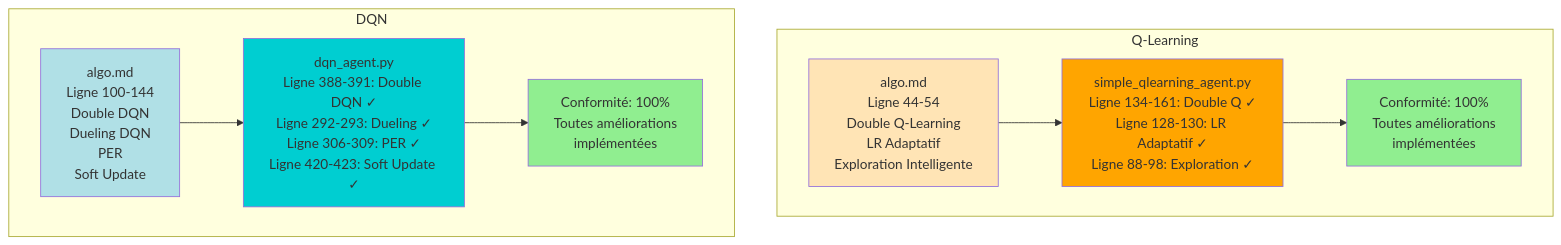
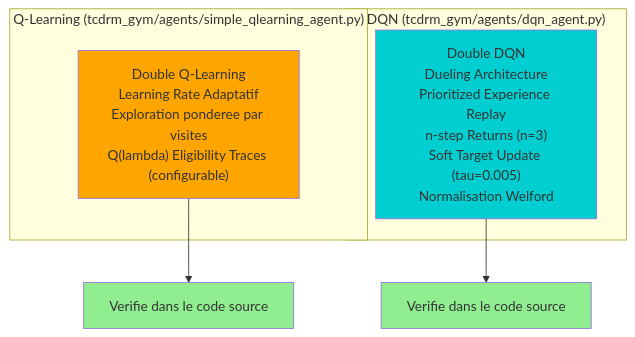
One commit to valdoth/tcdm-adaptive changed the tenth of 10 diagrams in docs/workflow_diagrams_2024.md. Above: the diagram before and after it, drawn with Mermaid. The commit also changed other lines of this file and 84 other files, not shown here.

````diff
--- a/docs/workflow_diagrams_2024.md
+++ b/docs/workflow_diagrams_2024.md
@@ -390,31 +449,18 @@
 ```mermaid
 graph TB
-    subgraph "Q-Learning"
-        ALGO_QL[algo.md<br/>Ligne 44-54<br/>Double Q-Learning<br/>LR Adaptatif<br/>Exploration Intelligente]
-        
-        CODE_QL[simple_qlearning_agent.py<br/>Ligne 134-161: Double Q ✓<br/>Ligne 128-130: LR Adaptatif ✓<br/>Ligne 88-98: Exploration ✓]
-        
-        VERIFY_QL[Conformité: 100%<br/>Toutes améliorations<br/>implémentées]
+    subgraph "Q-Learning (tcdrm_gym/agents/simple_qlearning_agent.py)"
+        QL_T["Double Q-Learning<br/>Learning Rate Adaptatif<br/>Exploration ponderee par visites<br/>Q(lambda) Eligibility Traces (configurable)"]
     end
-    
-    subgraph "DQN"
-        ALGO_DQN[algo.md<br/>Ligne 100-144<br/>Double DQN<br/>Dueling DQN<br/>PER<br/>Soft Update]
-        
-        CODE_DQN[dqn_agent.py<br/>Ligne 388-391: Double DQN ✓<br/>Ligne 292-293: Dueling ✓<br/>Ligne 306-309: PER ✓<br/>Ligne 420-423: Soft Update ✓]
-        
-        VERIFY_DQN[Conformité: 100%<br/>Toutes améliorations<br/>implémentées]
+
+    subgraph "DQN (tcdrm_gym/agents/dqn_agent.py)"
+        DQN_T["Double DQN<br/>Dueling Architecture<br/>Prioritized Experience Replay<br/>n-step Returns (n=3)<br/>Soft Target Update (tau=0.005)<br/>Normalisation Welford"]
     end
-    
-    ALGO_QL --> CODE_QL
-    CODE_QL --> VERIFY_QL
-    
-    ALGO_DQN --> CODE_DQN
-    CODE_DQN --> VERIFY_DQN
-    
-    style ALGO_QL fill:#FFE4B5
-    style CODE_QL fill:#FFA500
+
+    QL_T --> VERIFY_QL["Verifie dans le code source"]
+    DQN_T --> VERIFY_DQN["Verifie dans le code source"]
+
+    style QL_T fill:#FFA500
+    style DQN_T fill:#00CED1
     style VERIFY_QL fill:#90EE90
-    style ALGO_DQN fill:#B0E0E6
-    style CODE_DQN fill:#00CED1
     style VERIFY_DQN fill:#90EE90
 ```
````
